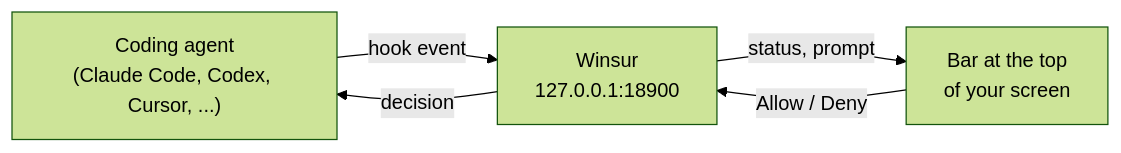
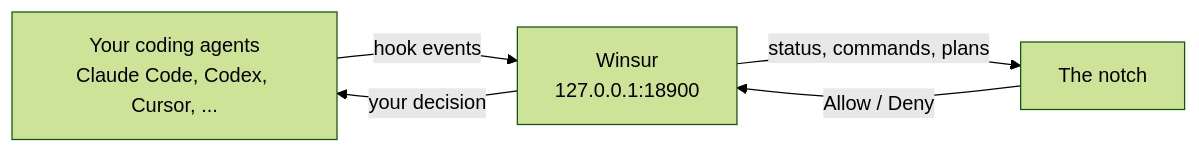
The diagram in README.md (suriya-z/winsur), drawn with Mermaid (forest theme) before and after one commit. The commit also changed other lines of this file and 6 other files, not shown here.

````diff
--- a/README.md
+++ b/README.md
@@ -50,7 +114,7 @@
 ```mermaid
 flowchart LR
-    A["Coding agent<br/>(Claude Code, Codex, Cursor, ...)"] -- "hook event" --> S["Winsur<br/>127.0.0.1:18900"]
-    S -- "status, prompt" --> U["Bar at the top<br/>of your screen"]
-    U -- "Allow / Deny" --> S
-    S -- "decision" --> A
+    A["Your coding agents<br/>Claude Code, Codex, Cursor, ..."] -- "hook events" --> W["Winsur<br/>127.0.0.1:18900"]
+    W -- "status, commands, plans" --> N["The notch"]
+    N -- "Allow / Deny" --> W
+    W -- "your decision" --> A
 ```
````
